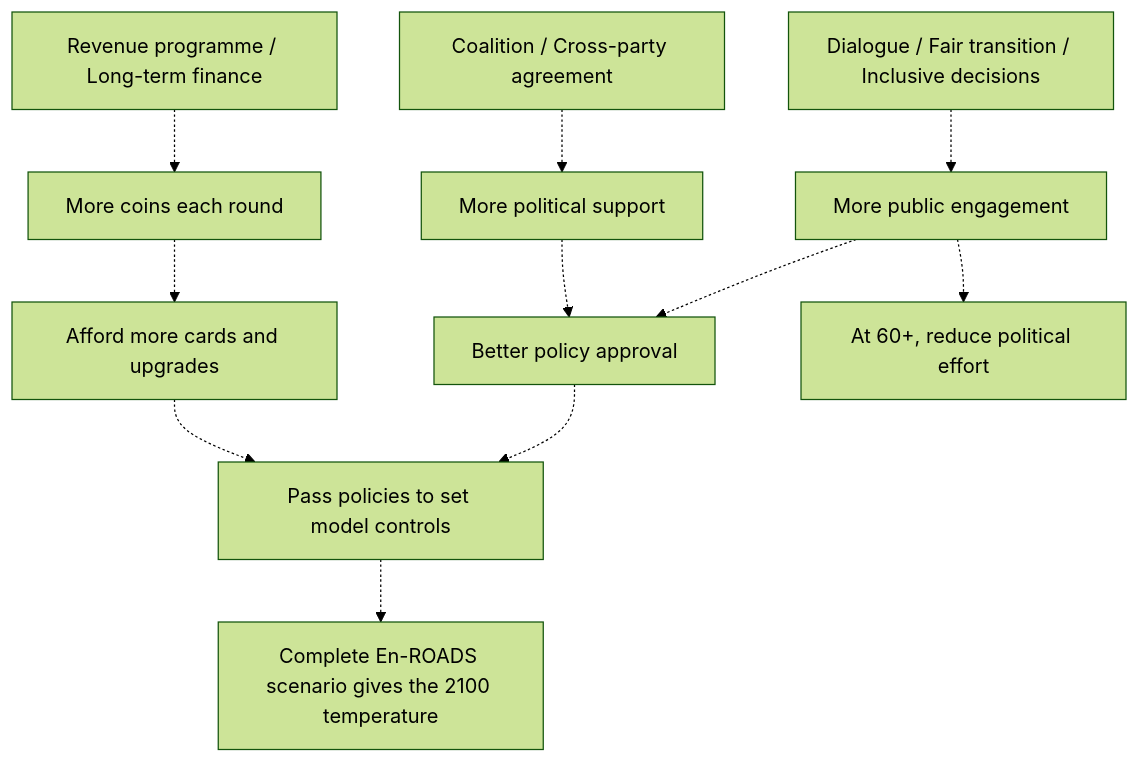
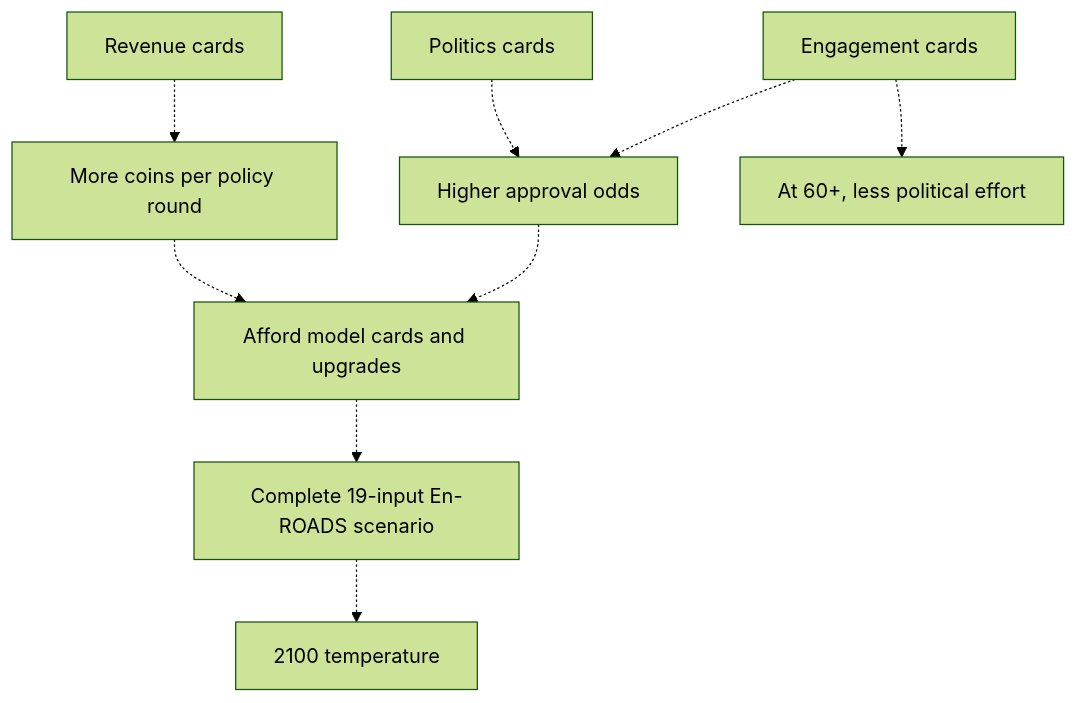
Before and after one commit to A-Weedy-Place/APECS_card-game: the ninth of 9 diagrams in public/card-guide.md, drawn with Mermaid (forest theme). The commit also changed other lines of this file and 43 other files, not shown here.

````diff
--- a/public/card-guide.md
+++ b/public/card-guide.md
@@ -432,13 +270,11 @@
 ```mermaid
 flowchart TD
-  Revenue["Revenue programme / Long-term finance"] -.-> Income["More coins each round"]
-  Income -.-> Purchase["Afford more cards and upgrades"]
-  Coalition["Coalition / Cross-party agreement"] -.-> Politics["More political support"]
-  Dialogue["Dialogue / Fair transition / Inclusive decisions"] -.-> Engagement["More public engagement"]
-  Politics -.-> Approval["Better policy approval"]
-  Engagement -.-> Approval
-  Engagement -.-> Effort["At 60+, reduce political effort"]
-  Purchase -.-> Adoption["Pass policies to set model controls"]
-  Approval -.-> Adoption
-  Adoption -.-> Temperature["Complete En-ROADS scenario gives the 2100 temperature"]
+  Revenue["Revenue cards"] -.-> Income["More coins per policy round"]
+  Politics["Politics cards"] -.-> Approval["Higher approval odds"]
+  Engagement["Engagement cards"] -.-> Approval
+  Engagement -.-> Effort["At 60+, less political effort"]
+  Income -.-> Policies["Afford model cards and upgrades"]
+  Approval -.-> Policies
+  Policies -.-> Model["Complete 19-input En-ROADS scenario"]
+  Model -.-> Temperature["2100 temperature"]
 ```
````
